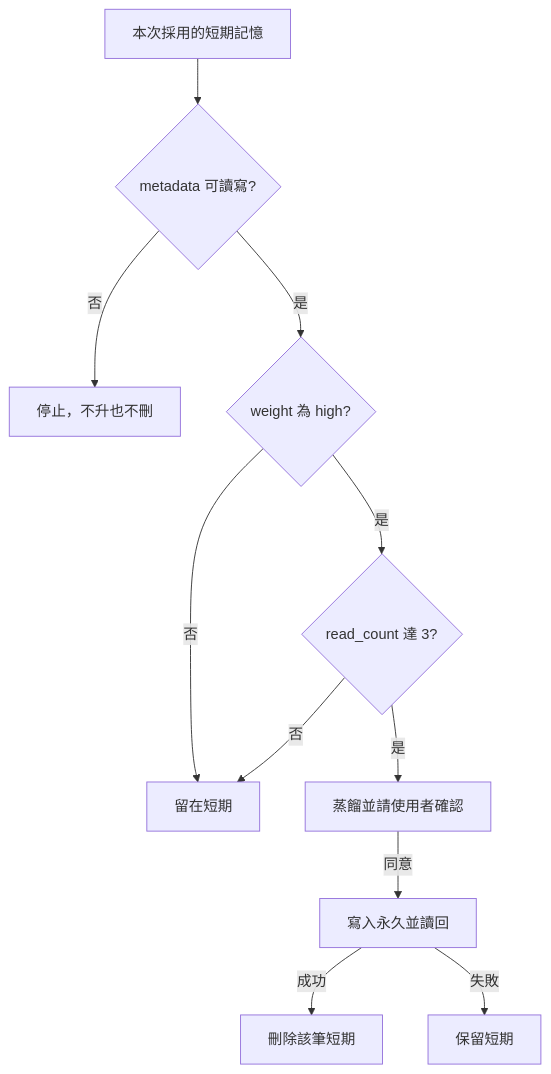
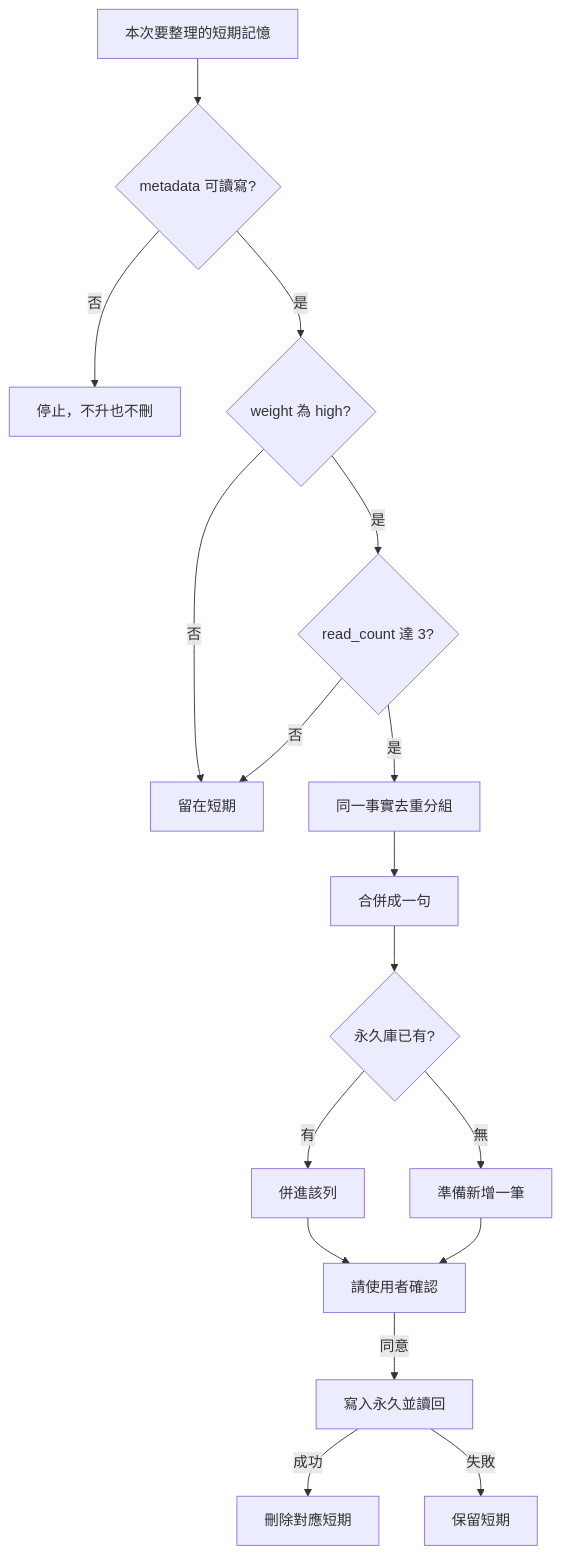
The diagram in .cursor/skills/my-memory-consolidate/SKILL.md (VECTOR-COOL/my-agent-toolkit), drawn with Mermaid before and after one commit. The commit also changed other lines of this file and 15 other files, not shown here.

````diff
--- a/.cursor/skills/my-memory-consolidate/SKILL.md
+++ b/.cursor/skills/my-memory-consolidate/SKILL.md
@@ -10,13 +10,19 @@
 ```mermaid
 graph TD
-  Hit[本次採用的短期記憶] --> Meta{metadata 可讀寫?}
+  Hit[本次要整理的短期記憶] --> Meta{metadata 可讀寫?}
   Meta -->|否| Stop[停止，不升也不刪]
   Meta -->|是| W{weight 為 high?}
   W -->|否| Stay[留在短期]
   W -->|是| C{read_count 達 3?}
   C -->|否| Stay
-  C -->|是| Ask[蒸餾並請使用者確認]
+  C -->|是| Dedup[同一事實去重分組]
+  Dedup --> Merge[合併成一句]
+  Merge --> Exist{永久庫已有?}
+  Exist -->|有| Into[併進該列]
+  Exist -->|無| Ready[準備新增一筆]
+  Into --> Ask[請使用者確認]
+  Ready --> Ask
   Ask -->|同意| Perm[寫入永久並讀回]
-  Perm -->|成功| Del[刪除該筆短期]
+  Perm -->|成功| Del[刪除對應短期]
   Perm -->|失敗| Keep[保留短期]
 ```
````
